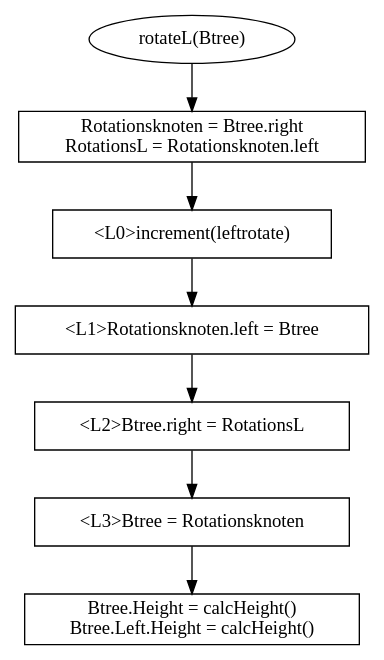
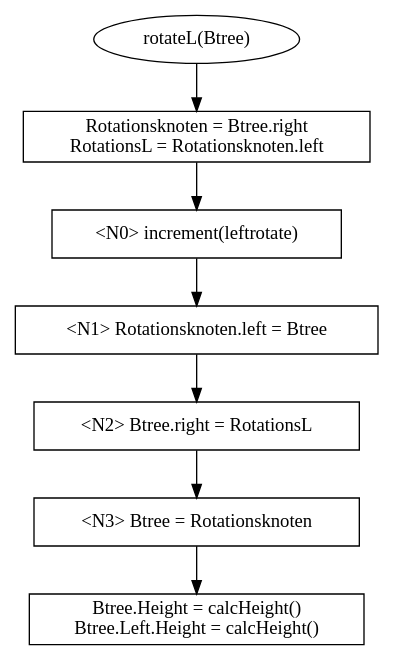
Before and after one commit to hugoppp-uni/Hausarbeit-Algorithmen-und-Datenstrukturen: the diagram in doc/graphviz/rotateL.gv, drawn with Graphviz. The commit also changed 7 other files, not shown here.

```diff
--- a/doc/graphviz/rotateL.gv
+++ b/doc/graphviz/rotateL.gv
@@ -1,16 +1,16 @@
 digraph L {
     node [shape = box];
     rotateR [label = "rotateL(Btree)" shape = ellipse];
     rotateR -> wurzel
     wurzel [label = "Rotationsknoten = Btree.right\nRotationsL = Rotationsknoten.left"];
     wurzel -> a0
-    a0 [label = "<L0>increment(leftrotate)"]
+    a0 [label = "<N0> increment(leftrotate)"]
     a0 -> a1
-    a1 [label = "<L1>Rotationsknoten.left = Btree"]
+    a1 [label = "<N1> Rotationsknoten.left = Btree"]
     a1 -> a2
-    a2  [label = "<L2>Btree.right = RotationsL"]
+    a2  [label = "<N2> Btree.right = RotationsL"]
     a2 -> a3
-    a3 [label = "<L3>Btree = Rotationsknoten"]
+    a3 [label = "<N3> Btree = Rotationsknoten"]
     a3 -> a4
     a4 [label = "Btree.Height = calcHeight()\nBtree.Left.Height = calcHeight()"]
 }
```
